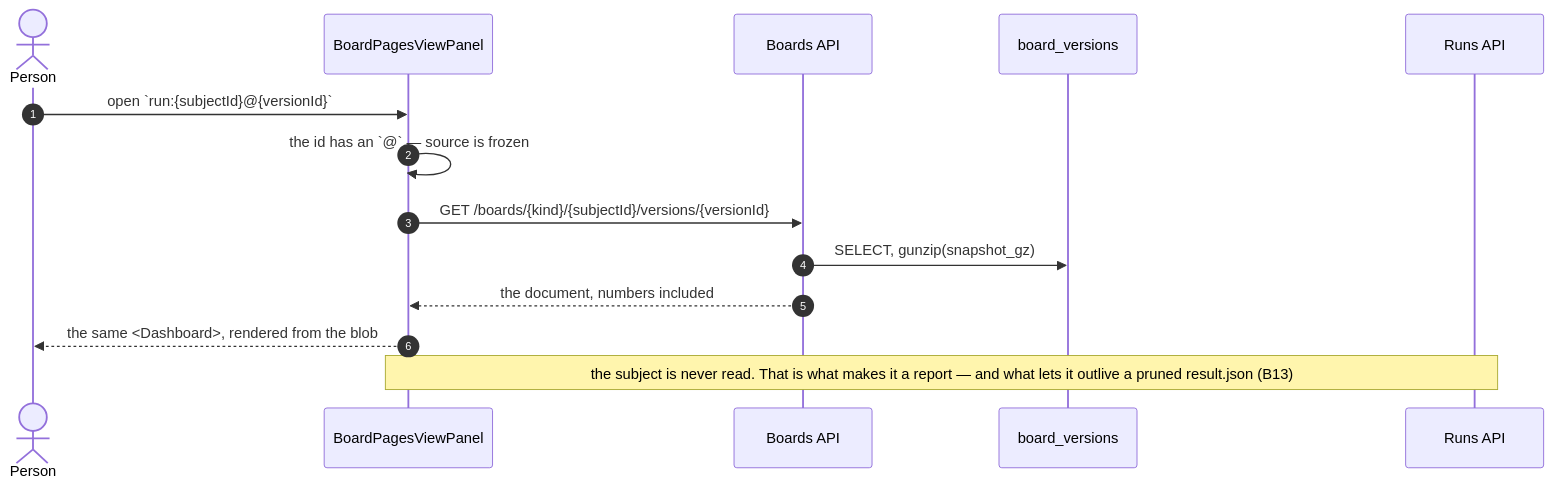
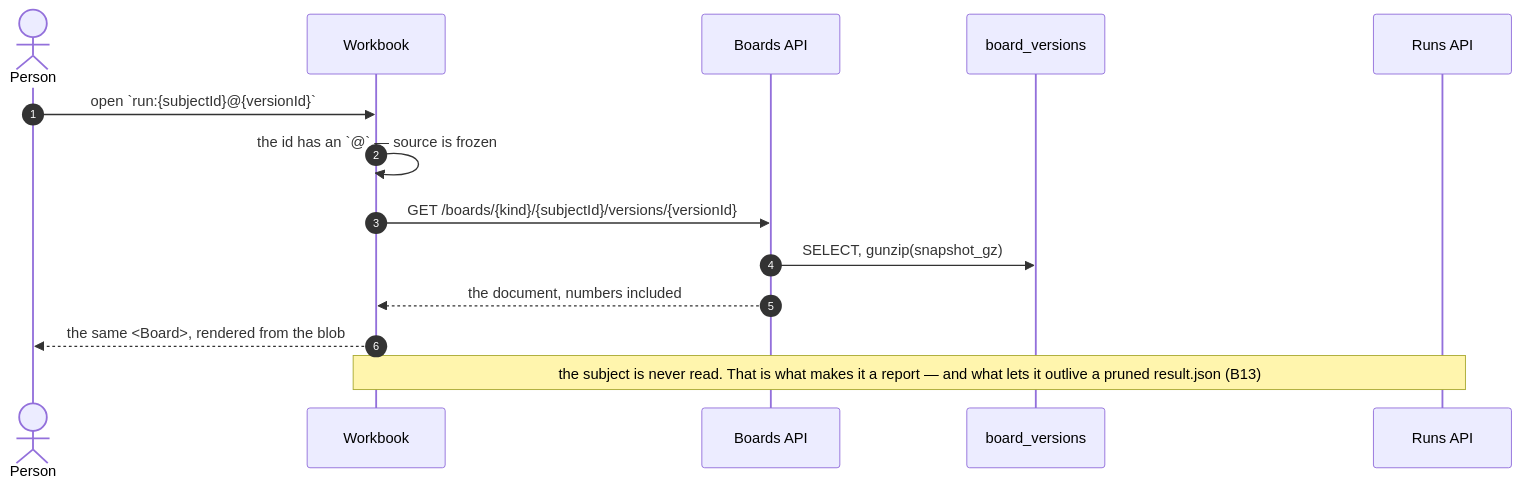
The seventh of 8 diagrams in docs/for-developers/building-engine/boards-migration.md (invana/invana), drawn with Mermaid before and after one commit. The commit also changed other lines of this file and 130 other files, not shown here.

First line of the commit message:
refactor: there is no dashboard — every surface is a board

````diff
--- a/docs/for-developers/building-engine/boards-migration.md
+++ b/docs/for-developers/building-engine/boards-migration.md
@@ -495,17 +495,17 @@
 ```mermaid
 sequenceDiagram
     autonumber
     actor U as Person
-    participant PG as BoardPagesViewPanel
+    participant PG as Workbook
     participant API as Boards API
     participant VER as board_versions
     participant RT as Runs API
 
     U->>PG: open `run:{subjectId}@{versionId}`
     PG->>PG: the id has an `@` — source is frozen
     PG->>API: GET /boards/{kind}/{subjectId}/versions/{versionId}
     API->>VER: SELECT, gunzip(snapshot_gz)
     API-->>PG: the document, numbers included
-    PG-->>U: the same <Dashboard>, rendered from the blob
+    PG-->>U: the same <Board>, rendered from the blob
     Note over PG,RT: the subject is never read. That is what makes it a report — and what lets it outlive a pruned result.json (B13)
 ```
````
